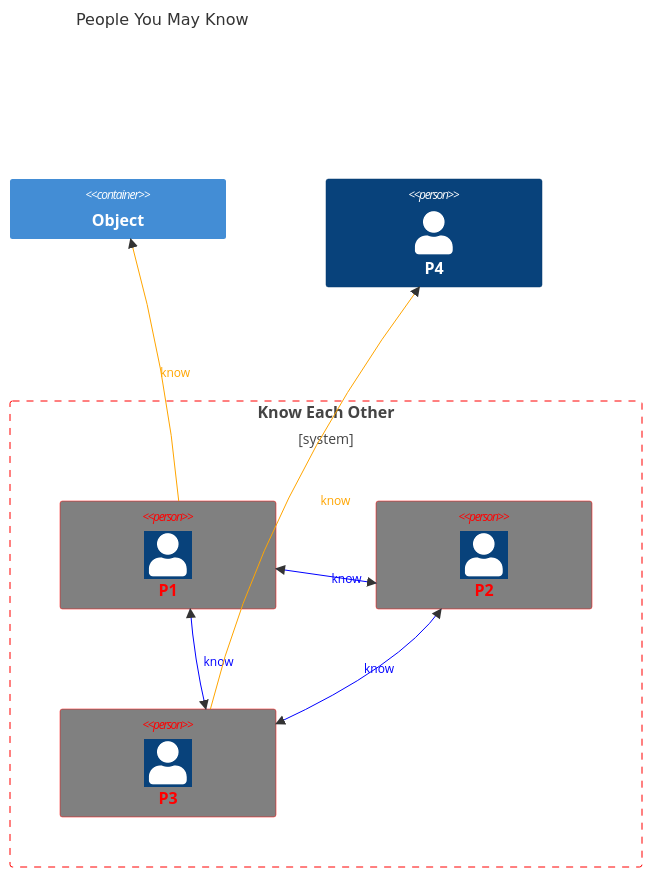
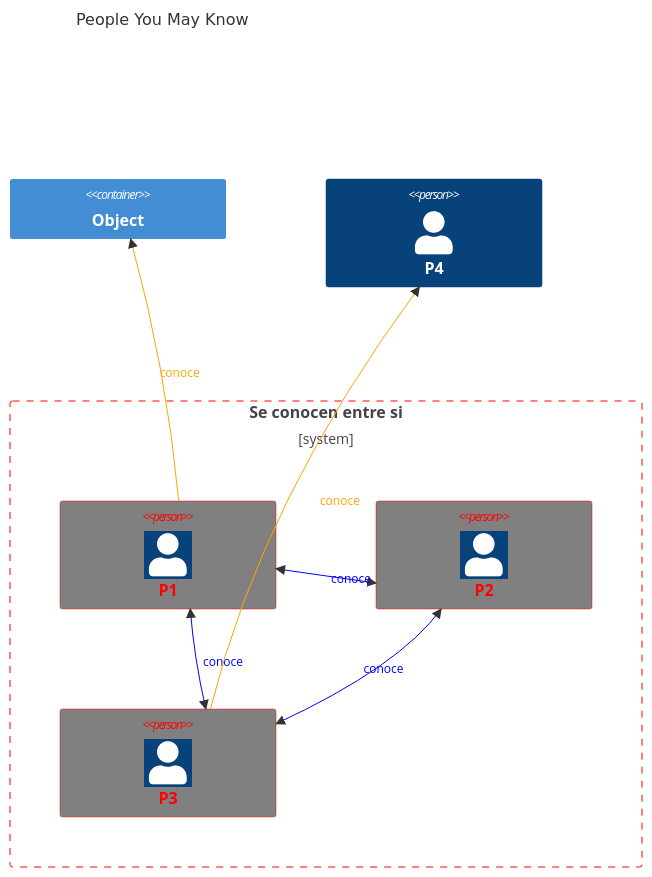
Before and after one commit to pepemxl/Machine-Learning-Notes: the diagram in docs/09_SYSTEMS/PYMK/pymk.md, drawn with Mermaid. The commit also changed other lines of this file and 3 other files, not shown here.

````diff
--- a/docs/09_SYSTEMS/PYMK/pymk.md
+++ b/docs/09_SYSTEMS/PYMK/pymk.md
@@ -6,26 +7,26 @@
 ```mermaid
     C4Context
       title People You May Know
-      Boundary(b0, "Know Each Other"){
+      Boundary(b0, "Se conocen entre si"){
         Person(p1, "P1")
         Person(p2, "P2")
         Person(p3, "P3")
       }
       Container(s1, "Object", $borderColor="#d73027")      
       Person(p4, "P4")
-      BiRel(p1, p2, "know")
-      BiRel(p1, p3, "know")
-      BiRel(p2, p3, "know")
-      Rel(p3, p4, "know")
-      Rel(p1, s1, "know")
+      BiRel(p1, p2, "conoce")
+      BiRel(p1, p3, "conoce")
+      BiRel(p2, p3, "conoce")
+      Rel(p3, p4, "conoce")
+      Rel(p1, s1, "conoce")
       UpdateElementStyle(p1, $fontColor="red", $bgColor="grey", $borderColor="red")
       UpdateElementStyle(p2, $fontColor="red", $bgColor="grey", $borderColor="red")
       UpdateElementStyle(p3, $fontColor="red", $bgColor="grey", $borderColor="red")
       UpdateRelStyle(p1, p2, $textColor="blue", $lineColor="blue", $offsetX="5")
       UpdateRelStyle(p1, p3, $textColor="blue", $lineColor="blue", $offsetX="5")
       UpdateRelStyle(p2, p3, $textColor="blue", $lineColor="blue", $offsetX="5")
       UpdateRelStyle(p3, p4, $textColor="orange", $lineColor="orange", $offsetX="5")
       UpdateRelStyle(p1, s1, $textColor="orange", $lineColor="orange", $offsetX="5")
       UpdateElementStyle(b0, $fontColor="red", $borderColor="red", $legendTitleColor ="red")
       UpdateLayoutConfig($c4ShapeInRow="3", $c4BoundaryInRow="1")
 ```
````
